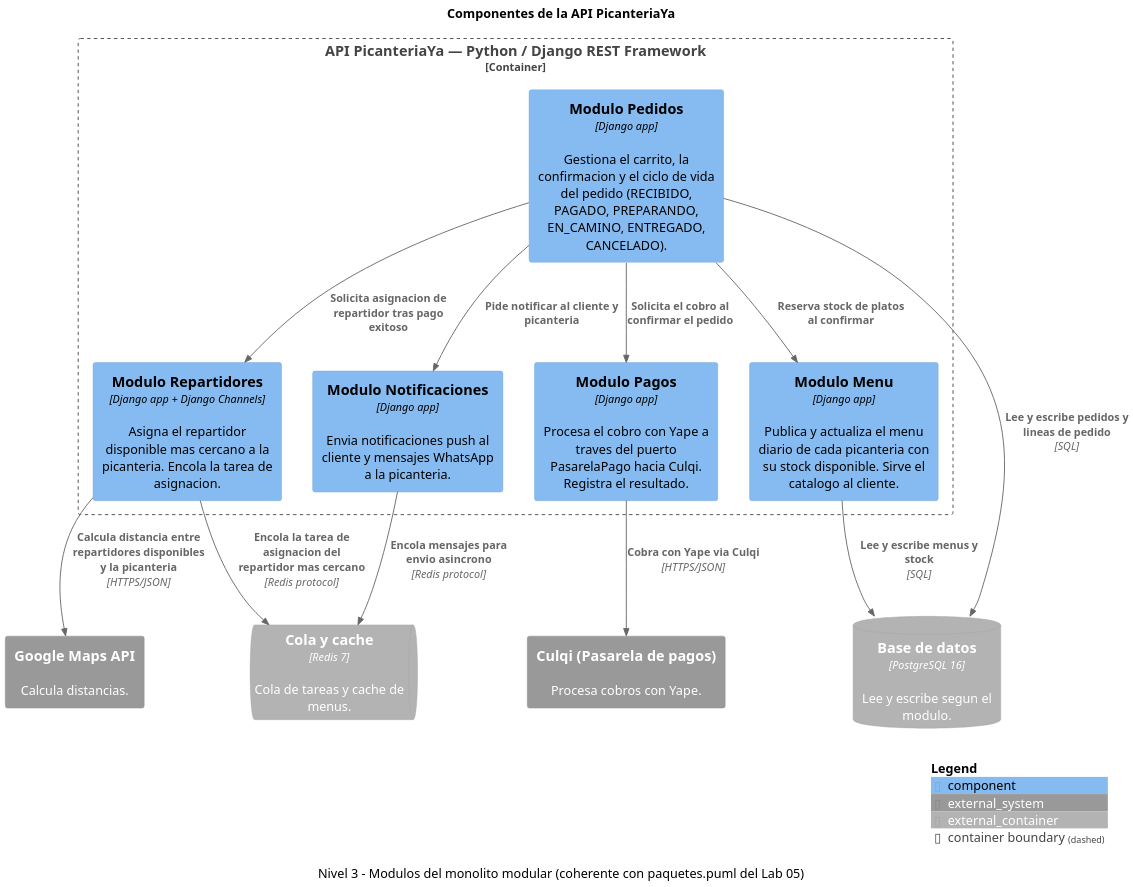
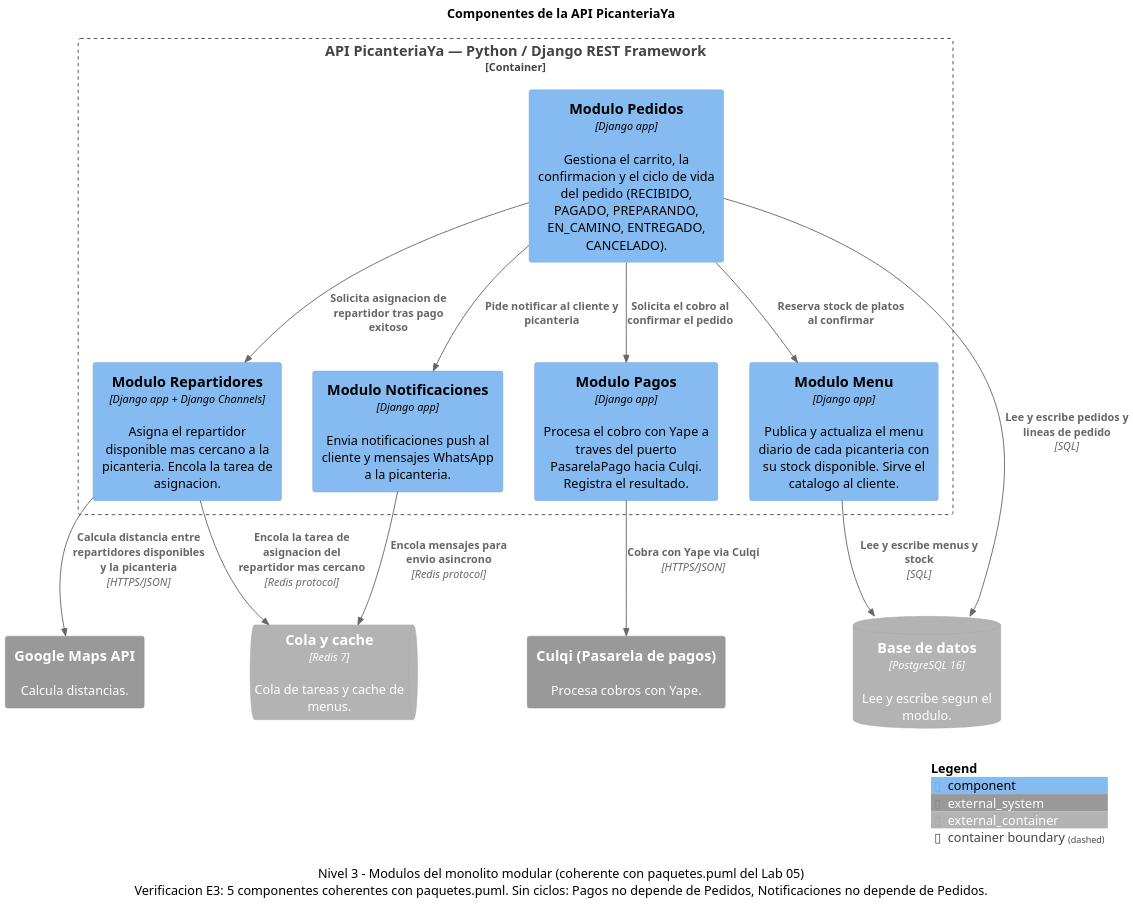
Before and after one commit to ChipanaGerman/cs-2026b-lab04-grupoXX: the diagram in docs/architecture/c4/export/Componentes.puml, drawn with PlantUML.

Commit message:
E3: componentes C4 — 5 modulos coherentes con paquetes.puml del Lab 05, sin dependencias ciclicas

```diff
--- a/docs/architecture/c4/export/Componentes.puml
+++ b/docs/architecture/c4/export/Componentes.puml
@@ -1,33 +1,33 @@
 @startuml
 !include <C4/C4_Component>
 skinparam dpi 180
 
 title Componentes de la API PicanteriaYa
-caption Nivel 3 - Modulos del monolito modular (coherente con paquetes.puml del Lab 05)
+caption Nivel 3 - Modulos del monolito modular (coherente con paquetes.puml del Lab 05)\nVerificacion E3: 5 componentes coherentes con paquetes.puml. Sin ciclos: Pagos no depende de Pedidos, Notificaciones no depende de Pedidos.
 
 ContainerDb_Ext(db, "Base de datos", "PostgreSQL 16", "Lee y escribe segun el modulo.")
 ContainerQueue_Ext(cola, "Cola y cache", "Redis 7", "Cola de tareas y cache de menus.")
 System_Ext(culqi, "Culqi (Pasarela de pagos)", "Procesa cobros con Yape.")
 System_Ext(gmaps, "Google Maps API", "Calcula distancias.")
 
 Container_Boundary(api, "API PicanteriaYa — Python / Django REST Framework") {
     Component(modMenu, "Modulo Menu", "Django app", "Publica y actualiza el menu diario de cada picanteria con su stock disponible. Sirve el catalogo al cliente.")
     Component(modPedidos, "Modulo Pedidos", "Django app", "Gestiona el carrito, la confirmacion y el ciclo de vida del pedido (RECIBIDO, PAGADO, PREPARANDO, EN_CAMINO, ENTREGADO, CANCELADO).")
     Component(modPagos, "Modulo Pagos", "Django app", "Procesa el cobro con Yape a traves del puerto PasarelaPago hacia Culqi. Registra el resultado.")
     Component(modRepartidores, "Modulo Repartidores", "Django app + Django Channels", "Asigna el repartidor disponible mas cercano a la picanteria. Encola la tarea de asignacion.")
     Component(modNotificaciones, "Modulo Notificaciones", "Django app", "Envia notificaciones push al cliente y mensajes WhatsApp a la picanteria.")
 }
 
 Rel(modPedidos, modMenu, "Reserva stock de platos al confirmar")
 Rel(modPedidos, modPagos, "Solicita el cobro al confirmar el pedido")
 Rel(modPedidos, modRepartidores, "Solicita asignacion de repartidor tras pago exitoso")
 Rel(modPedidos, modNotificaciones, "Pide notificar al cliente y picanteria")
 Rel(modPagos, culqi, "Cobra con Yape via Culqi", "HTTPS/JSON")
 Rel(modRepartidores, cola, "Encola la tarea de asignacion del repartidor mas cercano", "Redis protocol")
 Rel(modRepartidores, gmaps, "Calcula distancia entre repartidores disponibles y la picanteria", "HTTPS/JSON")
 Rel(modNotificaciones, cola, "Encola mensajes para envio asincrono", "Redis protocol")
 Rel(modMenu, db, "Lee y escribe menus y stock", "SQL")
 Rel(modPedidos, db, "Lee y escribe pedidos y lineas de pedido", "SQL")
 
 SHOW_LEGEND()
 @enduml
```
